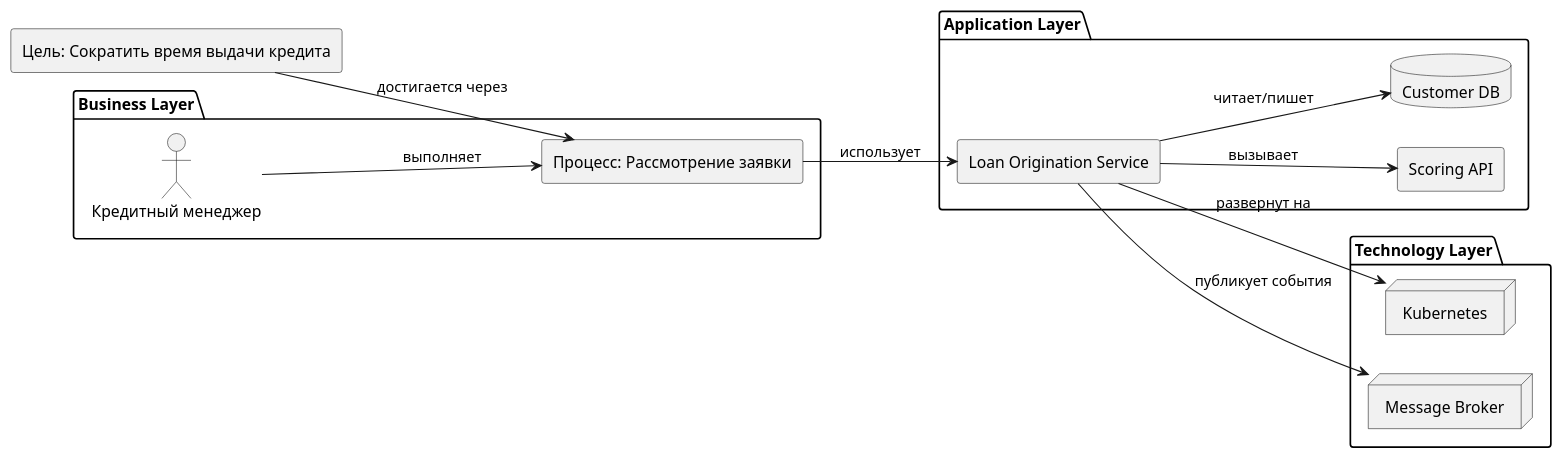
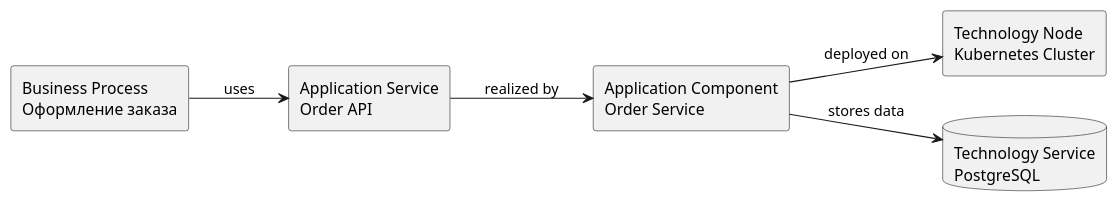
Before and after one commit to iwizy/analyst_kb: the diagram in docs/notations/archimate.md, drawn with PlantUML. The commit also changed other lines of this file and 20 other files, not shown here.

````diff
--- a/docs/notations/archimate.md
+++ b/docs/notations/archimate.md
@@ -30,32 +41,15 @@
 ```kroki-plantuml
 @startuml
 left to right direction
-skinparam componentStyle rectangle
+rectangle "Business Process\nОформление заказа" as BP
+rectangle "Application Service\nOrder API" as AS
+rectangle "Application Component\nOrder Service" as AC
+rectangle "Technology Node\nKubernetes Cluster" as TN
+database "Technology Service\nPostgreSQL" as DB
 
-rectangle "Цель: Сократить время выдачи кредита" as Goal
-
-package "Business Layer" {
-  rectangle "Процесс: Рассмотрение заявки" as BP
-  actor "Кредитный менеджер" as Role
-}
-
-package "Application Layer" {
-  rectangle "Loan Origination Service" as LOS
-  rectangle "Scoring API" as Score
-  database "Customer DB" as CDB
-}
-
-package "Technology Layer" {
-  node "Kubernetes" as K8s
-  node "Message Broker" as MQ
-}
-
-Goal --> BP : достигается через
-Role --> BP : выполняет
-BP --> LOS : использует
-LOS --> Score : вызывает
-LOS --> CDB : читает/пишет
-LOS --> MQ : публикует события
-LOS --> K8s : развернут на
+BP --> AS : uses
+AS --> AC : realized by
+AC --> TN : deployed on
+AC --> DB : stores data
 @enduml
 ```
````
